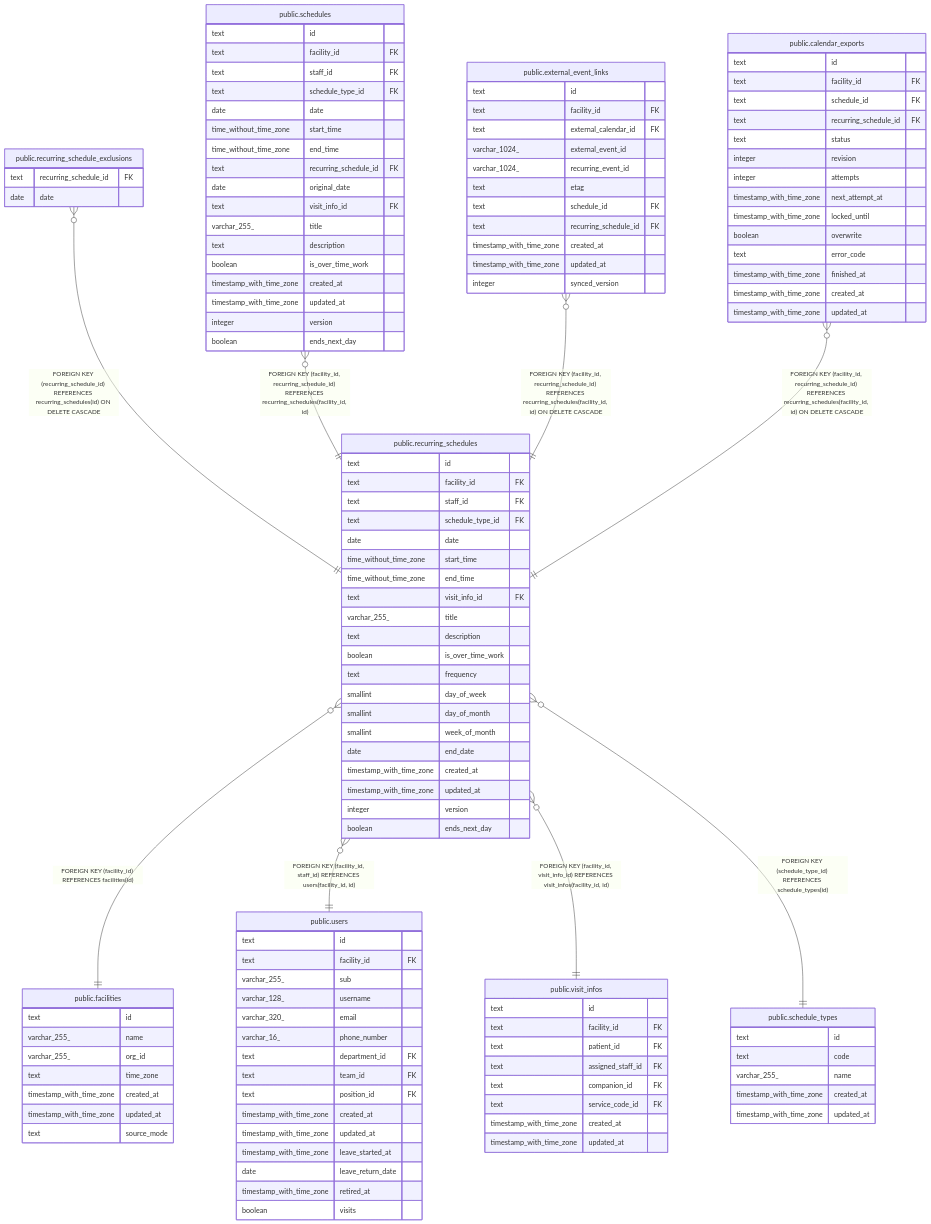
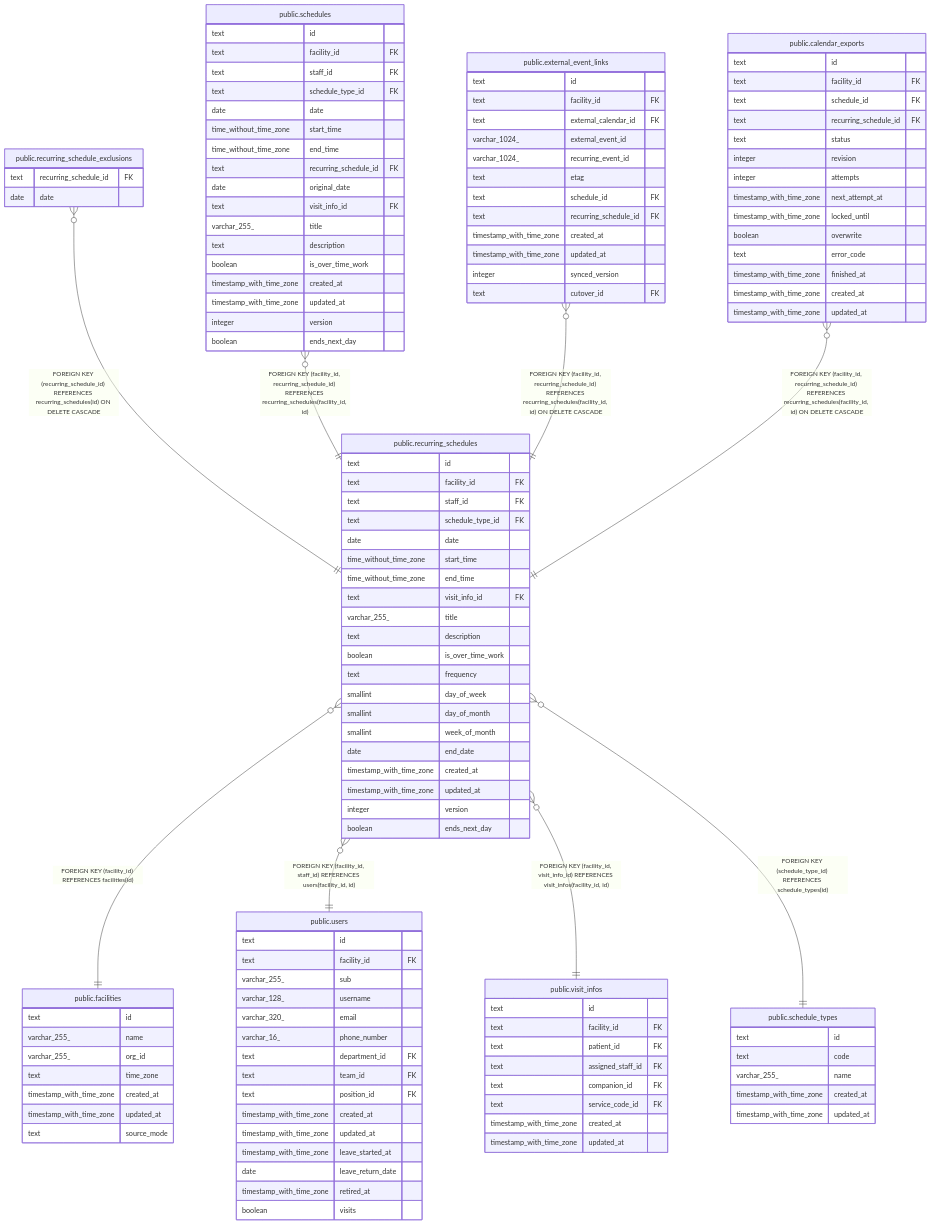
Before and after one commit to Fukuemon/buddy: the diagram in docs/db/schedule/public.recurring_schedules.md, drawn with Mermaid. The commit also changed other lines of this file and 77 other files, not shown here.

```diff
--- a/docs/db/schedule/public.recurring_schedules.md
+++ b/docs/db/schedule/public.recurring_schedules.md
@@ -157,6 +157,7 @@
   timestamp_with_time_zone created_at
   timestamp_with_time_zone updated_at
   integer synced_version
+  text cutover_id FK
 }
 "public.calendar_exports" {
   text id
```
